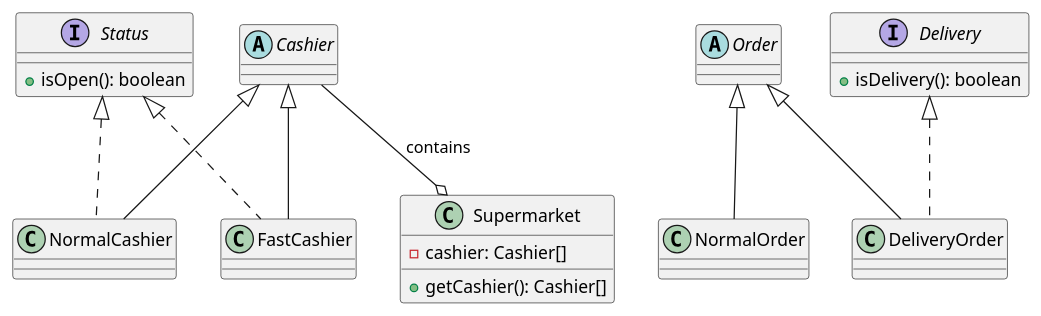
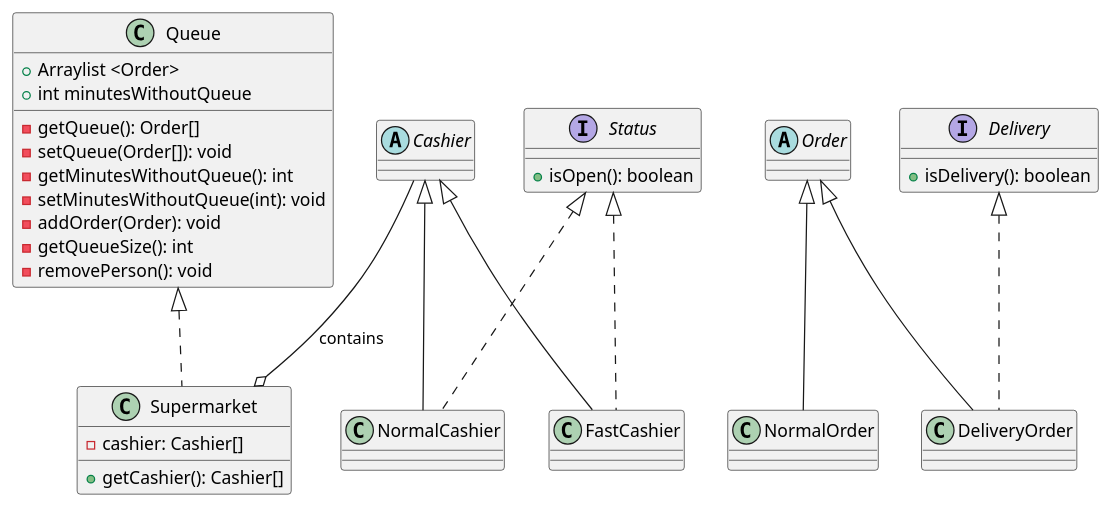
Before and after one commit to eabol/awesome-projects-prograii: the diagram in garciaCesar/CFC/src/CFC.puml, drawn with PlantUML.

Commit message:
.puml updated

```diff
--- a/garciaCesar/CFC/src/CFC.puml
+++ b/garciaCesar/CFC/src/CFC.puml
@@ -1,46 +1,59 @@
 @startuml
 
 abstract class Cashier {
 
 }
 
 class FastCashier {
 
 }
 
 class NormalCashier {
 
 }
 
 abstract class Order {
 }
 
 class NormalOrder {
 }
 
 class DeliveryOrder {
 }
 
 interface Status {
     +isOpen(): boolean
 }
 interface Delivery{
     +isDelivery(): boolean
 }
+class Queue {
+    +Arraylist <Order>
+    +int minutesWithoutQueue
+    -getQueue(): Order[]
+    -setQueue(Order[]): void
+    -getMinutesWithoutQueue(): int
+    -setMinutesWithoutQueue(int): void
+    -addOrder(Order): void
+    -getQueueSize(): int
+    -removePerson(): void
+
+}
 
 
 class Supermarket {
     -cashier: Cashier[]
     +getCashier(): Cashier[]
 }
 
 Cashier <|-- FastCashier
 Cashier <|-- NormalCashier
 Order <|-- NormalOrder
 Order <|-- DeliveryOrder
 Status <|.. FastCashier
 Status <|.. NormalCashier
 Delivery <|.. DeliveryOrder
 Cashier --o Supermarket : contains
+Queue <|.. Supermarket
 
 @enduml
```
